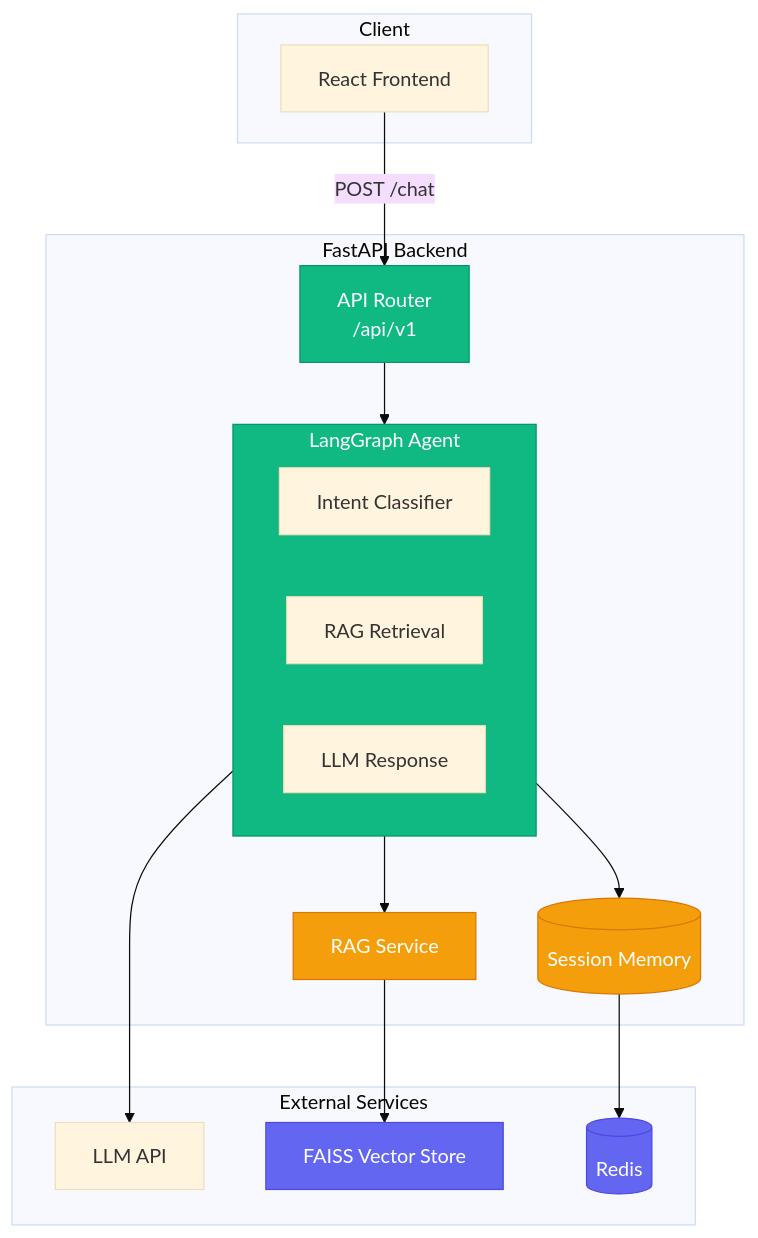
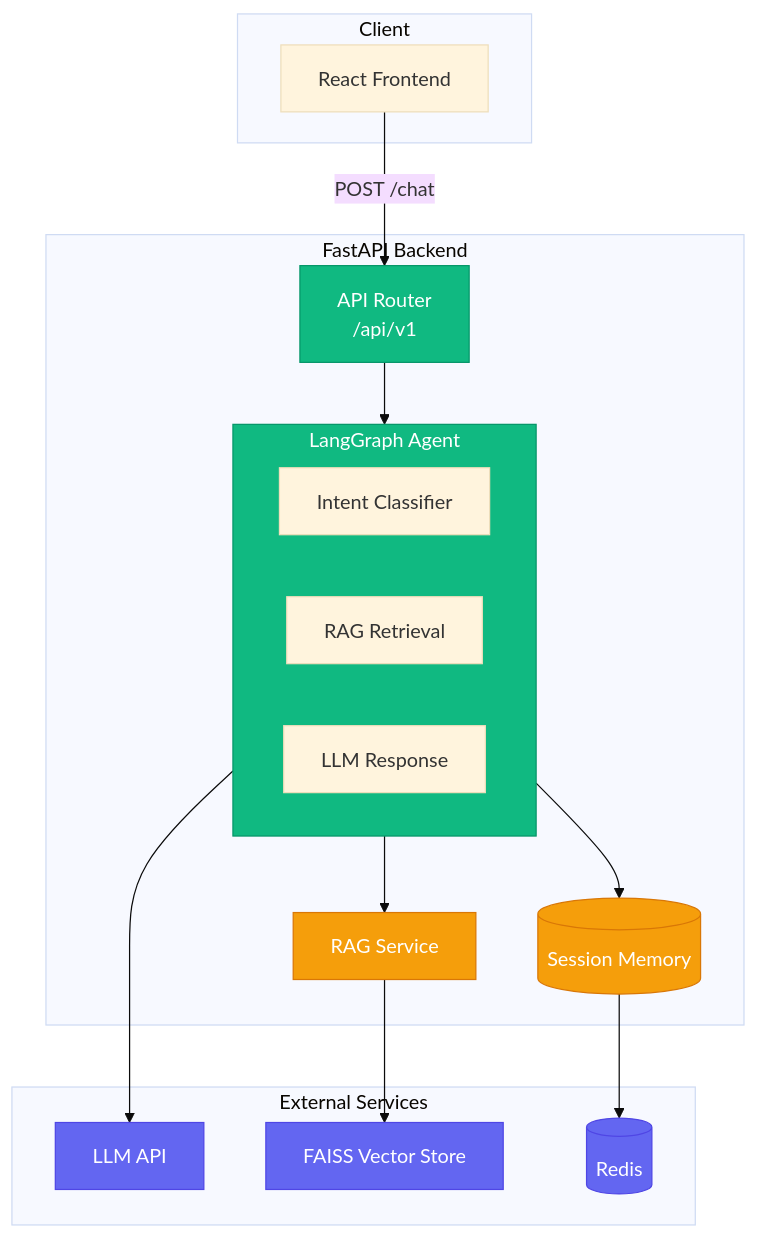
One commit to mazleon/chatbot-rag-ray changed the diagram in README.md. Above: the diagram before and after it, drawn with Mermaid (base theme). The commit also changed other lines of this file and 2 other files, not shown here.

Commit message:
docs: add demo video to README

````diff
--- a/README.md
+++ b/README.md
@@ -15,42 +15,42 @@
 ```mermaid
 flowchart TB
     subgraph Client["Client"]
         FE[React Frontend]
     end
 
     subgraph API["FastAPI Backend"]
         Router[API Router<br/>/api/v1]
         
         subgraph Agent["LangGraph Agent"]
             Classify[Intent Classifier]
             Retrieve[RAG Retrieval]
             Generate[LLM Response]
         end
         
         Memory[(Session Memory)]
         RAG[RAG Service]
     end
 
     subgraph External["External Services"]
         LLM[LLM API]
         VectorDB[FAISS Vector Store]
         Redis[(Redis)]
     end
 
     FE --"POST /chat"--> Router
     Router --> Agent
     Agent --> Memory
     Agent --> RAG
     RAG --> VectorDB
     Agent --> LLM
     Memory --> Redis
     
     classDef primary fill:#10b981,stroke:#059669,color:#fff
     classDef secondary fill:#3b82f6,stroke:#2563eb,color:#fff
     classDef storage fill:#f59e0b,stroke:#d97706,color:#fff
     classDef external fill:#6366f1,stroke:#4f46e5,color:#fff
     
     class Router,Agent primary
     class Memory,RAG storage
-    class OpenRouter,VectorDB,Redis external
+    class LLM,VectorDB,Redis external
 ```
````
